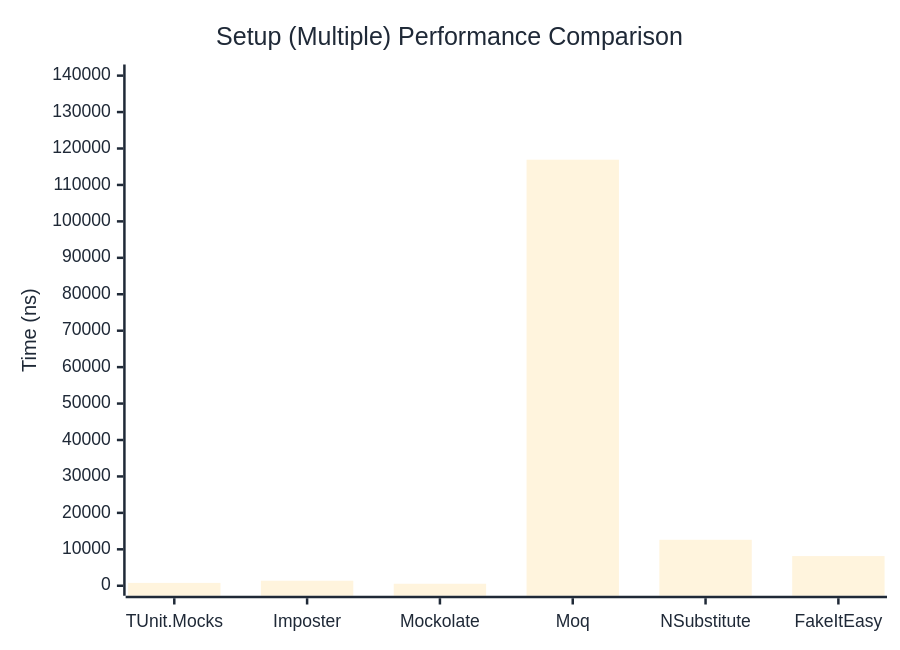
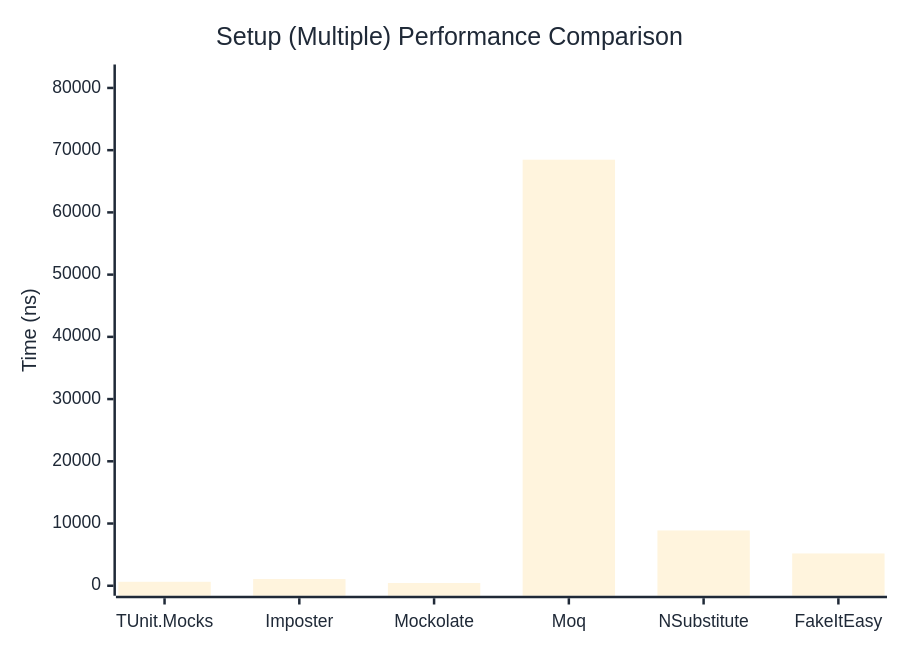
One commit to thomhurst/TUnit changed the second of 2 diagrams in docs/docs/benchmarks/mocks/Setup.md. Above: the diagram before and after it, drawn with Mermaid. The commit also changed other lines of this file and 14 other files, not shown here.

````diff
--- a/docs/docs/benchmarks/mocks/Setup.md
+++ b/docs/docs/benchmarks/mocks/Setup.md
@@ -71,27 +71,27 @@
 ```mermaid
 %%{init: {
   'theme':'base',
   'themeVariables': {
     'primaryColor': '#2563eb',
     'primaryTextColor': '#1f2937',
     'primaryBorderColor': '#1e40af',
     'lineColor': '#6b7280',
     'secondaryColor': '#7c3aed',
     'tertiaryColor': '#dc2626',
     'background': '#ffffff',
     'pie1': '#2563eb',
     'pie2': '#7c3aed',
     'pie3': '#dc2626',
     'pie4': '#f59e0b',
     'pie5': '#10b981',
     'pie6': '#06b6d4',
     'pie7': '#ec4899',
     'pie8': '#6366f1'
   }
 }}%%
 xychart-beta
   title "Setup (Multiple) Performance Comparison"
   x-axis ["TUnit.Mocks", "Imposter", "Mockolate", "Moq", "NSubstitute", "FakeItEasy"]
-  y-axis "Time (ns)" 0 --> 140310
-  bar [780.3, 1373.8, 549, 116924.2, 12615.8, 8146]
+  y-axis "Time (ns)" 0 --> 82161
+  bar [637.3, 1075.7, 439.5, 68467, 8887.1, 5190.4]
 ```
````
